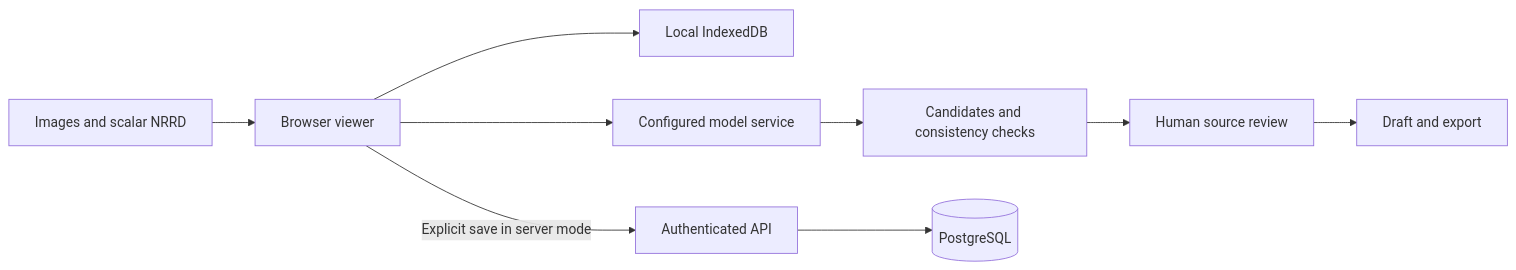
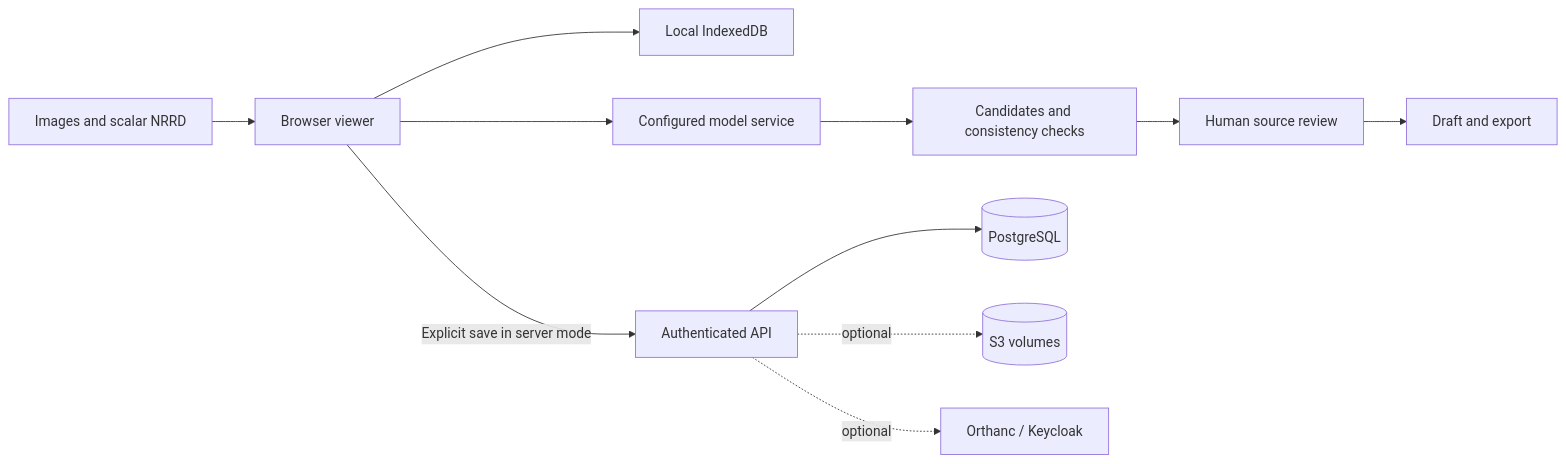
The diagram in README.md (Hitheshkaranth/VoxelRadAI_Terminal), drawn with Mermaid before and after one commit. The commit also changed other lines of this file and 1 other file, not shown here.

````diff
--- a/README.md
+++ b/README.md
@@ -136,11 +154,13 @@
 ```mermaid
 flowchart LR
     I[Images and scalar NRRD] --> V[Browser viewer]
     V --> L[Local IndexedDB]
     V --> M[Configured model service]
     M --> R[Candidates and consistency checks]
     R --> H[Human source review]
     H --> D[Draft and export]
     V -->|Explicit save in server mode| A[Authenticated API]
     A --> P[(PostgreSQL)]
+    A -.optional.-> S[(S3 volumes)]
+    A -.optional.-> O[Orthanc / Keycloak]
 ```
````
